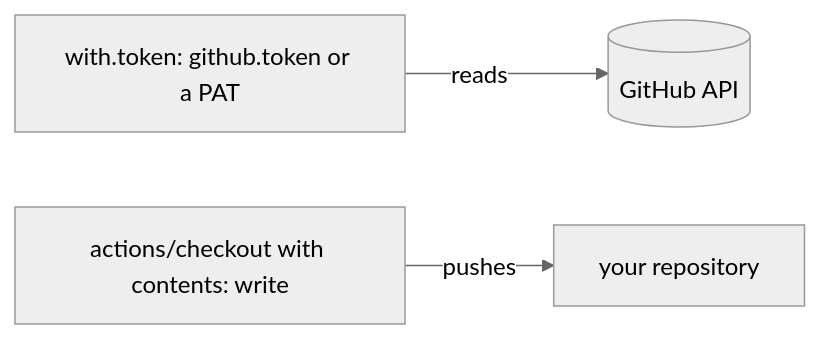
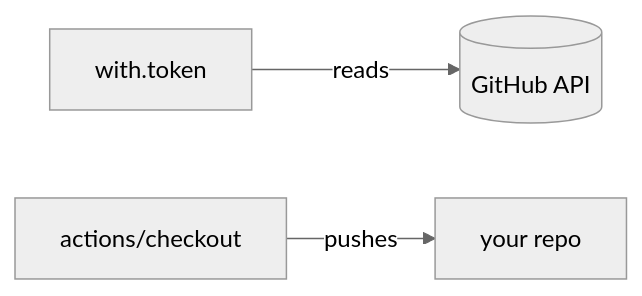
Before and after one commit to nao1215/action-readme-showcase: the fourth of 5 diagrams in README.md, drawn with Mermaid (neutral theme). The commit also changed other lines of this file, not shown here.

First line of the commit message:
docs: shorten mermaid labels so GitHub does not clip them

````diff
--- a/README.md
+++ b/README.md
@@ -215,5 +215,5 @@
 ```mermaid
 flowchart LR
-  token["with.token: github.token or a PAT"] -->|reads| api[("GitHub API")]
-  checkout["actions/checkout with contents: write"] -->|pushes| repo["your repository"]
+  token["with.token"] -->|reads| api[("GitHub API")]
+  checkout["actions/checkout"] -->|pushes| repo["your repo"]
 ```
````
